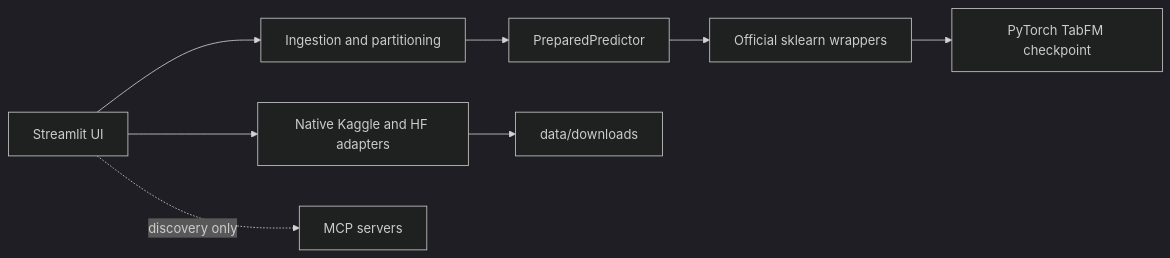
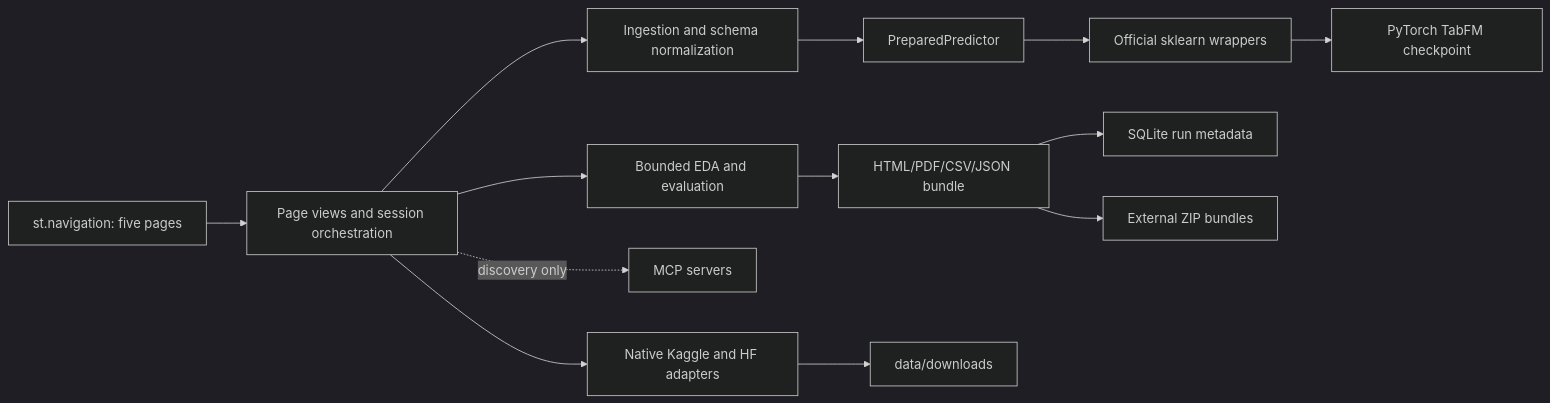
Before and after one commit to pypi-ahmad/google-tabfm-project: the diagram in docs/architecture.md, drawn with Mermaid (dark theme). The commit also changed other lines of this file and 367 other files, not shown here.

First line of the commit message:
feat: expand workbench with EDA/reports/history, docs, and HTMX site

````diff
--- a/docs/architecture.md
+++ b/docs/architecture.md
@@ -5,10 +5,15 @@
 ```mermaid
 flowchart LR
-    UI[Streamlit UI] --> Data[Ingestion and partitioning]
+    Nav[st.navigation: five pages] --> UI[Page views and session orchestration]
+    UI --> Data[Ingestion and schema normalization]
     UI --> Providers[Native Kaggle and HF adapters]
     UI -. discovery only .-> MCP[MCP servers]
     Data --> Session[PreparedPredictor]
     Session --> Wrapper[Official sklearn wrappers]
     Wrapper --> Model[PyTorch TabFM checkpoint]
-    Providers --> Workspace[data/downloads]
+    UI --> Analytics[Bounded EDA and evaluation]
+    Analytics --> Reports[HTML/PDF/CSV/JSON bundle]
+    Reports --> SQLite[SQLite run metadata]
+    Reports --> ZIP[External ZIP bundles]
+    Providers --> Downloads[data/downloads]
 ```
````
